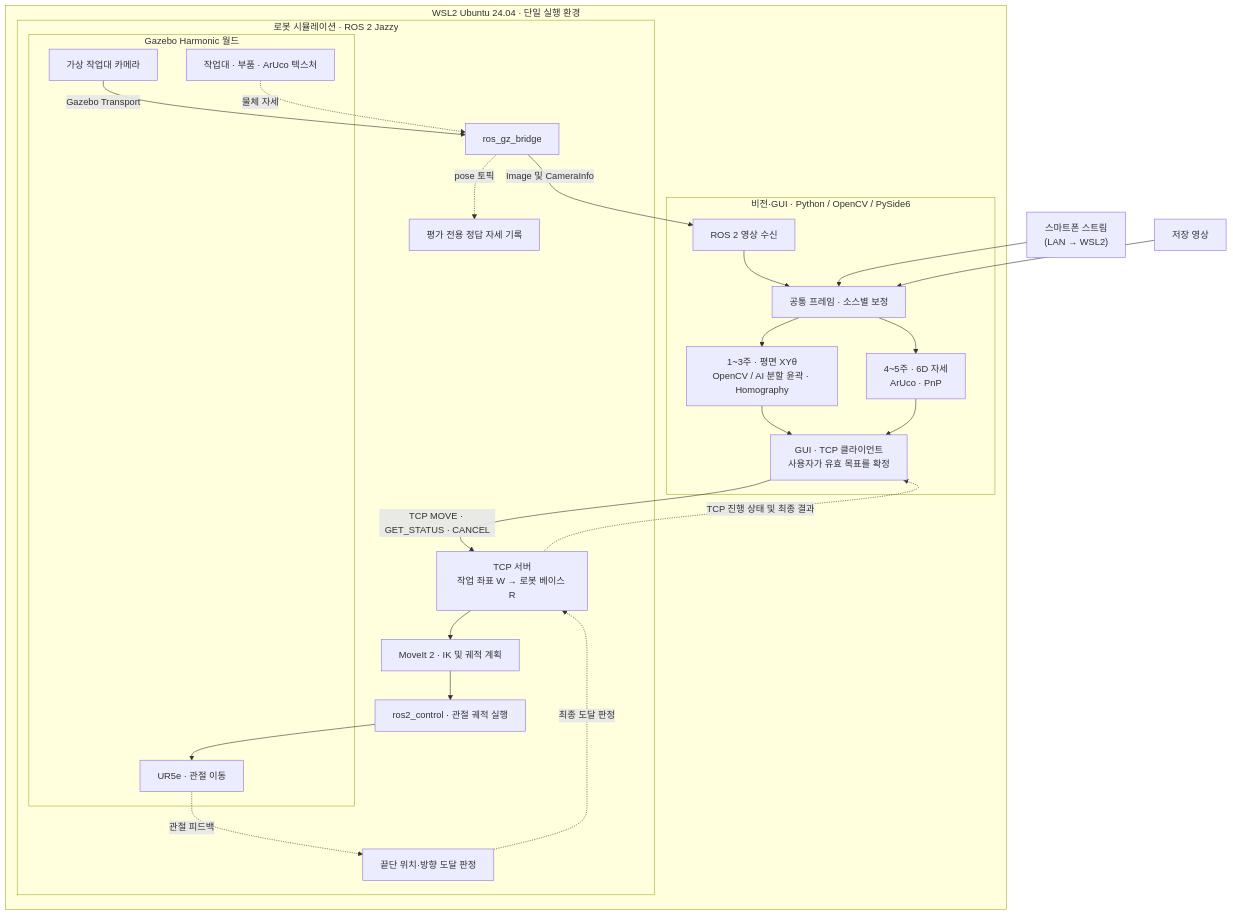
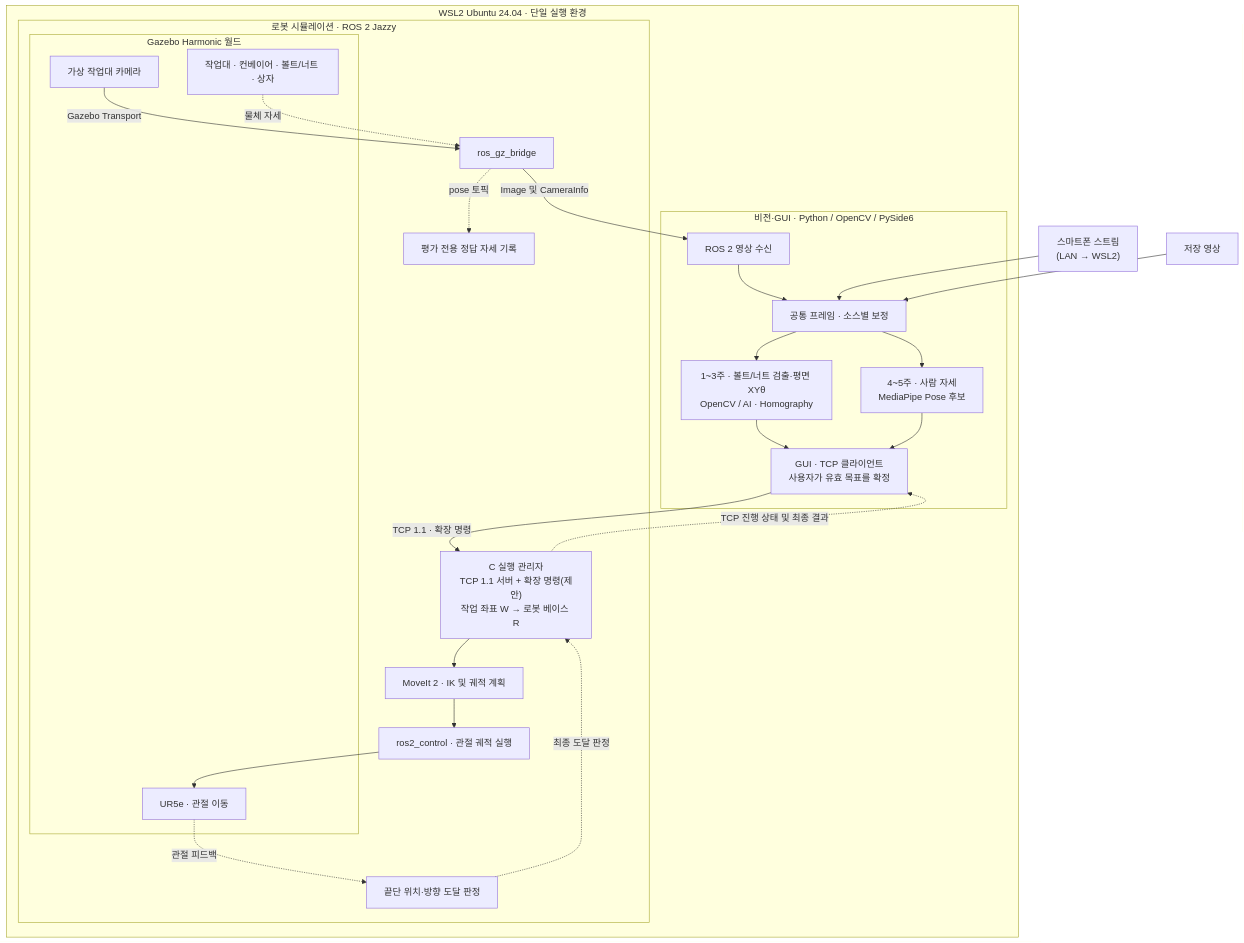
Before and after one commit to didgustmd23/EyetoArm: the diagram in docs/architecture/시스템_아키텍처_및_프로젝트_계획.md, drawn with Mermaid. The commit also changed other lines of this file and 9 other files, not shown here.

````diff
--- a/docs/architecture/시스템_아키텍처_및_프로젝트_계획.md
+++ b/docs/architecture/시스템_아키텍처_및_프로젝트_계획.md
@@ -83,50 +88,50 @@
 ```mermaid
 flowchart TB
     Phone["스마트폰 스트림<br/>(LAN → WSL2)"]
     Video["저장 영상"]
 
     subgraph WSL["WSL2 Ubuntu 24.04 · 단일 실행 환경"]
 
         subgraph Vision["비전·GUI · Python / OpenCV / PySide6"]
             RosInput["ROS 2 영상 수신"]
             Frames["공통 프레임 · 소스별 보정"]
-            Planar["1~3주 · 평면 XYθ<br/>OpenCV / AI 분할 윤곽 · Homography"]
-            Pose["4~5주 · 6D 자세<br/>ArUco · PnP"]
+            Planar["1~3주 · 볼트/너트 검출·평면 XYθ<br/>OpenCV / AI · Homography"]
+            Pose["4~5주 · 사람 자세<br/>MediaPipe Pose 후보"]
             Client["GUI · TCP 클라이언트<br/>사용자가 유효 목표를 확정"]
             RosInput --> Frames
             Frames --> Planar
             Frames --> Pose
             Planar --> Client
             Pose --> Client
         end
 
         subgraph Robot["로봇 시뮬레이션 · ROS 2 Jazzy"]
             Bridge["ros_gz_bridge"]
-            Server["TCP 서버<br/>작업 좌표 W → 로봇 베이스 R"]
+            Server["C 실행 관리자<br/>TCP 1.1 서버 + 확장 명령(제안)<br/>작업 좌표 W → 로봇 베이스 R"]
             Planner["MoveIt 2 · IK 및 궤적 계획"]
             Controller["ros2_control · 관절 궤적 실행"]
             Verify["끝단 위치·방향 도달 판정"]
 
             subgraph World["Gazebo Harmonic 월드"]
                 Camera["가상 작업대 카메라"]
-                Scene["작업대 · 부품 · ArUco 텍스처"]
+                Scene["작업대 · 컨베이어 · 볼트/너트 · 상자"]
                 Arm["UR5e · 관절 이동"]
             end
 
             Truth["평가 전용 정답 자세 기록"]
 
             Camera -->|Gazebo Transport| Bridge
             Scene -. 물체 자세 .-> Bridge
             Bridge -. pose 토픽 .-> Truth
             Server --> Planner --> Controller --> Arm
             Arm -. 관절 피드백 .-> Verify
         end
     end
 
     Phone --> Frames
     Video --> Frames
     Bridge -->|Image 및 CameraInfo| RosInput
-    Client -->|"TCP MOVE · GET_STATUS · CANCEL"| Server
+    Client -->|"TCP 1.1 · 확장 명령"| Server
     Verify -. 최종 도달 판정 .-> Server
     Server -. TCP 진행 상태 및 최종 결과 .-> Client
 ```
````
